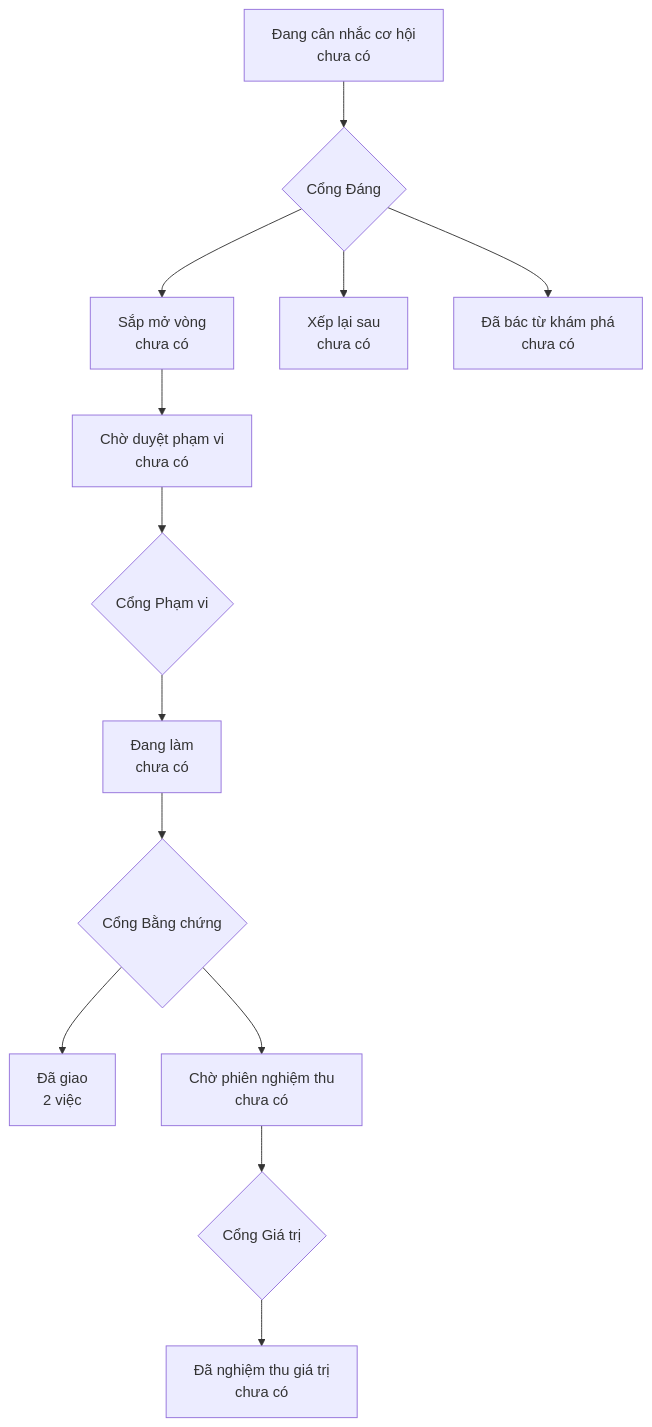
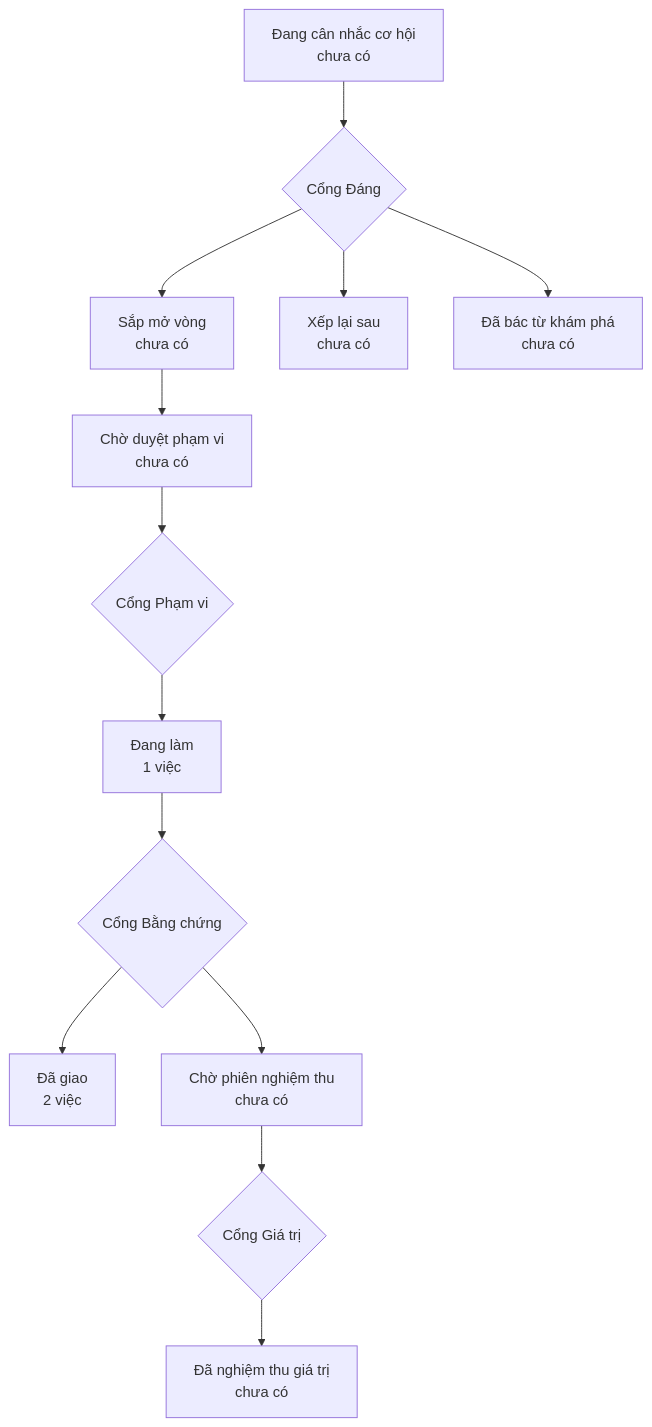
Before and after one commit to phanlemanh/crm-onehub: the diagram in PRODUCT-MAP.md, drawn with Mermaid. The commit also changed other lines of this file and 7 other files, not shown here.

````diff
--- a/PRODUCT-MAP.md
+++ b/PRODUCT-MAP.md
@@ -6,12 +6,12 @@
 ```mermaid
 flowchart TD
   A["Đang cân nhắc cơ hội<br/>chưa có"] --> GD{"Cổng Đáng"}
   GD --> B["Sắp mở vòng<br/>chưa có"]
   GD --> XL["Xếp lại sau<br/>chưa có"]
   GD --> DB["Đã bác từ khám phá<br/>chưa có"]
   B --> CD["Chờ duyệt phạm vi<br/>chưa có"] --> GP{"Cổng Phạm vi"}
-  GP --> DL["Đang làm<br/>chưa có"] --> GB{"Cổng Bằng chứng"}
+  GP --> DL["Đang làm<br/>1 việc"] --> GB{"Cổng Bằng chứng"}
   GB --> DG["Đã giao<br/>2 việc"]
   GB --> CN["Chờ phiên nghiệm thu<br/>chưa có"] --> GG{"Cổng Giá trị"}
   GG --> NT["Đã nghiệm thu giá trị<br/>chưa có"]
 ```
````
